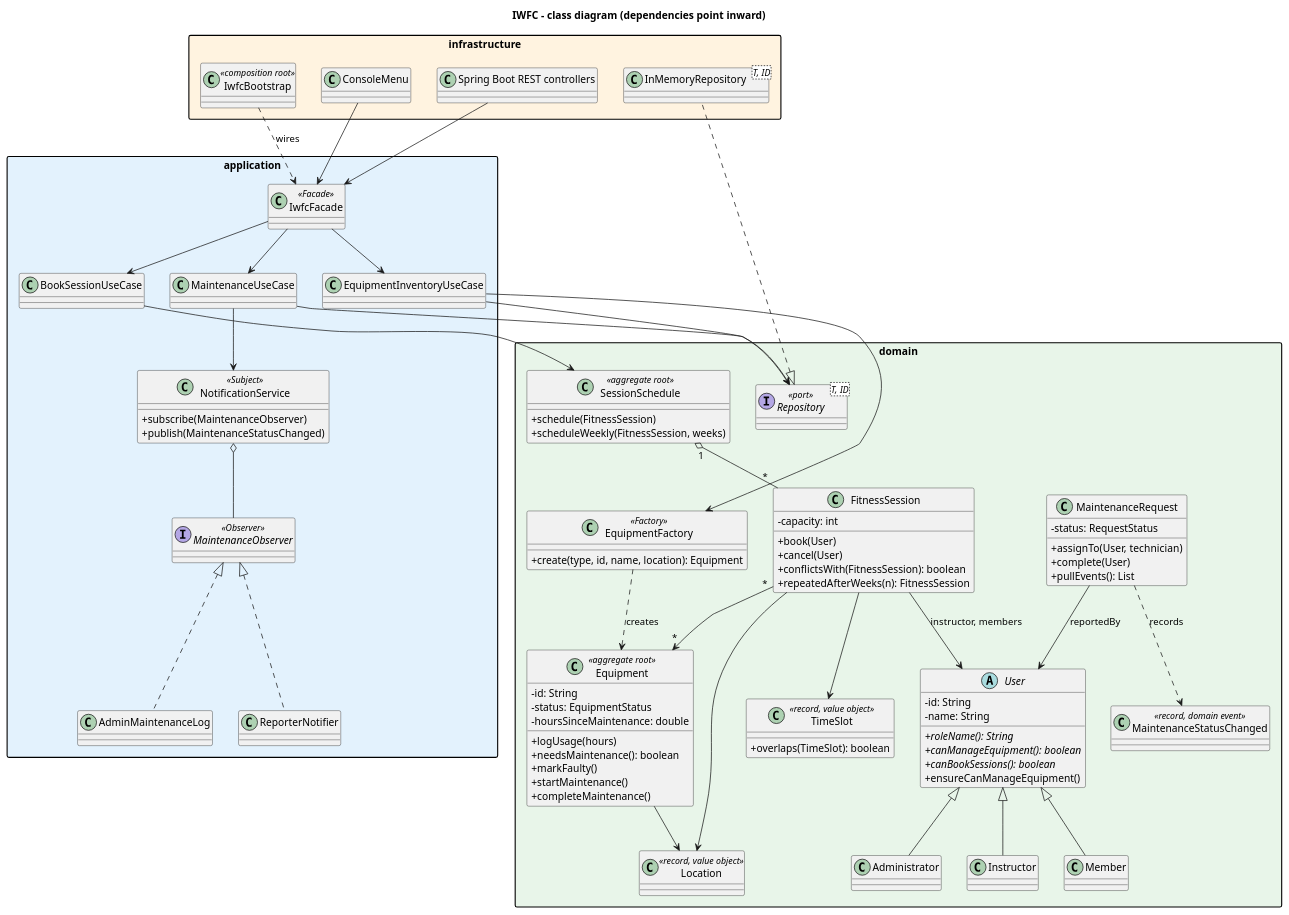
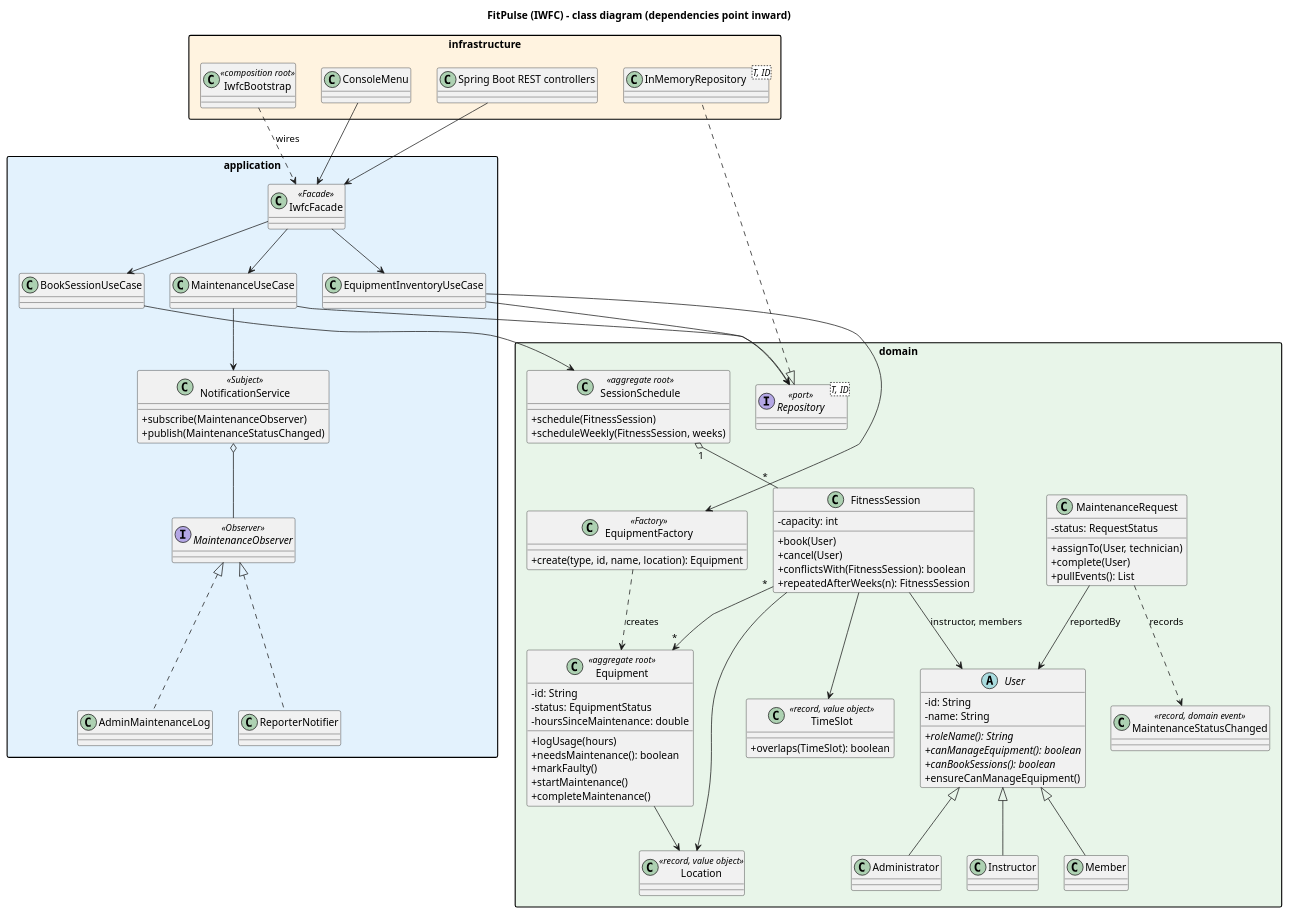
The diagram in docs/class-diagram.puml (navodjayawardhana/iwfc-fitness-center), drawn with PlantUML before and after one commit. The commit also changed 12 other files, not shown here.

Commit message:
refactor: rename the product to FitPulse; add logo, favicon and application name

```diff
--- a/docs/class-diagram.puml
+++ b/docs/class-diagram.puml
@@ -1,107 +1,107 @@
 @startuml
-title IWFC – class diagram (dependencies point inward)
+title FitPulse (IWFC) – class diagram (dependencies point inward)
 skinparam classAttributeIconSize 0
 skinparam packageStyle rectangle
 
 package "domain" #E8F5E9 {
   abstract class User {
     -id: String
     -name: String
     +{abstract} roleName(): String
     +{abstract} canManageEquipment(): boolean
     +{abstract} canBookSessions(): boolean
     +ensureCanManageEquipment()
   }
   class Administrator
   class Instructor
   class Member
   User <|-- Administrator
   User <|-- Instructor
   User <|-- Member
 
   class Equipment <<aggregate root>> {
     -id: String
     -status: EquipmentStatus
     -hoursSinceMaintenance: double
     +logUsage(hours)
     +needsMaintenance(): boolean
     +markFaulty()
     +startMaintenance()
     +completeMaintenance()
   }
   class EquipmentFactory <<Factory>> {
     +create(type, id, name, location): Equipment
   }
   class FitnessSession {
     -capacity: int
     +book(User)
     +cancel(User)
     +conflictsWith(FitnessSession): boolean
     +repeatedAfterWeeks(n): FitnessSession
   }
   class SessionSchedule <<aggregate root>> {
     +schedule(FitnessSession)
     +scheduleWeekly(FitnessSession, weeks)
   }
   class MaintenanceRequest {
     -status: RequestStatus
     +assignTo(User, technician)
     +complete(User)
     +pullEvents(): List
   }
   class TimeSlot <<record, value object>> {
     +overlaps(TimeSlot): boolean
   }
   class Location <<record, value object>>
   class MaintenanceStatusChanged <<record, domain event>>
   interface "Repository<T, ID>" as Repository <<port>>
 
   EquipmentFactory ..> Equipment : creates
   SessionSchedule "1" o-- "*" FitnessSession
   FitnessSession --> TimeSlot
   FitnessSession --> Location
   FitnessSession "*" --> "*" Equipment
   FitnessSession --> User : instructor, members
   Equipment --> Location
   MaintenanceRequest --> User : reportedBy
   MaintenanceRequest ..> MaintenanceStatusChanged : records
 }
 
 package "application" #E3F2FD {
   class IwfcFacade <<Facade>>
   class EquipmentInventoryUseCase
   class BookSessionUseCase
   class MaintenanceUseCase
   class NotificationService <<Subject>> {
     +subscribe(MaintenanceObserver)
     +publish(MaintenanceStatusChanged)
   }
   interface MaintenanceObserver <<Observer>>
   class ReporterNotifier
   class AdminMaintenanceLog
 
   IwfcFacade --> EquipmentInventoryUseCase
   IwfcFacade --> BookSessionUseCase
   IwfcFacade --> MaintenanceUseCase
   MaintenanceUseCase --> NotificationService
   NotificationService o-- MaintenanceObserver
   MaintenanceObserver <|.. ReporterNotifier
   MaintenanceObserver <|.. AdminMaintenanceLog
 }
 
 package "infrastructure" #FFF3E0 {
   class "InMemoryRepository<T, ID>" as InMemoryRepository
   class IwfcBootstrap <<composition root>>
   class ConsoleMenu
   class "Spring Boot REST controllers" as Rest
 }
 
 Repository <|.. InMemoryRepository
 EquipmentInventoryUseCase --> Repository
 BookSessionUseCase --> SessionSchedule
 MaintenanceUseCase --> Repository
 EquipmentInventoryUseCase --> EquipmentFactory
 ConsoleMenu --> IwfcFacade
 Rest --> IwfcFacade
 IwfcBootstrap ..> IwfcFacade : wires
 @enduml
```
